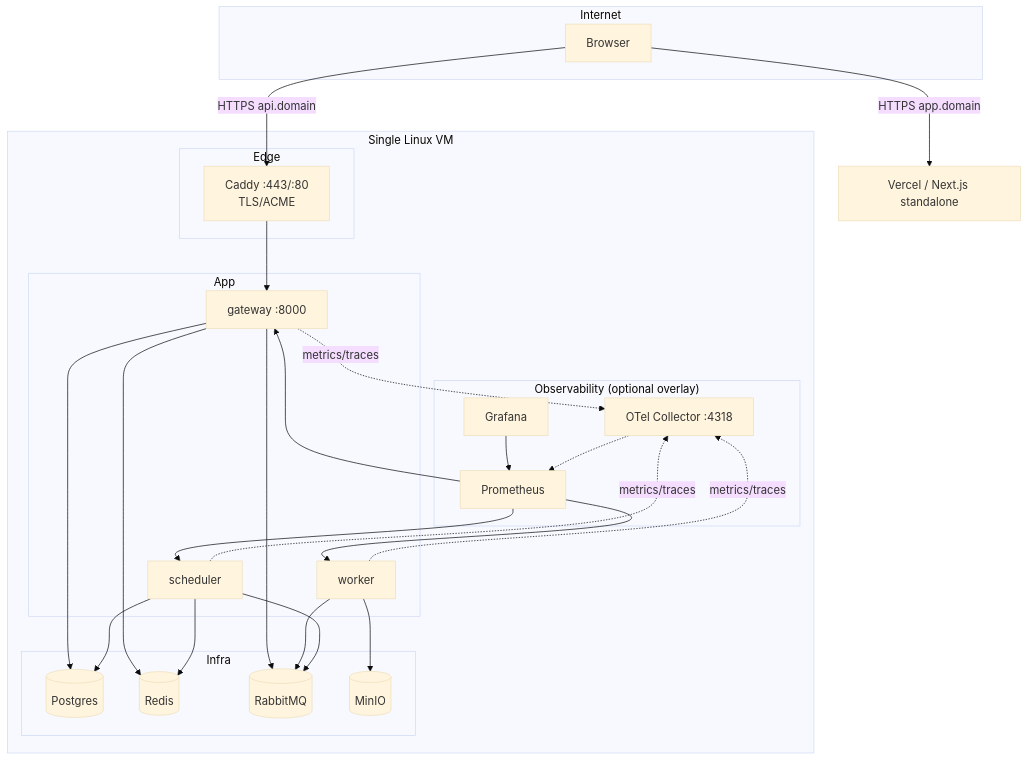
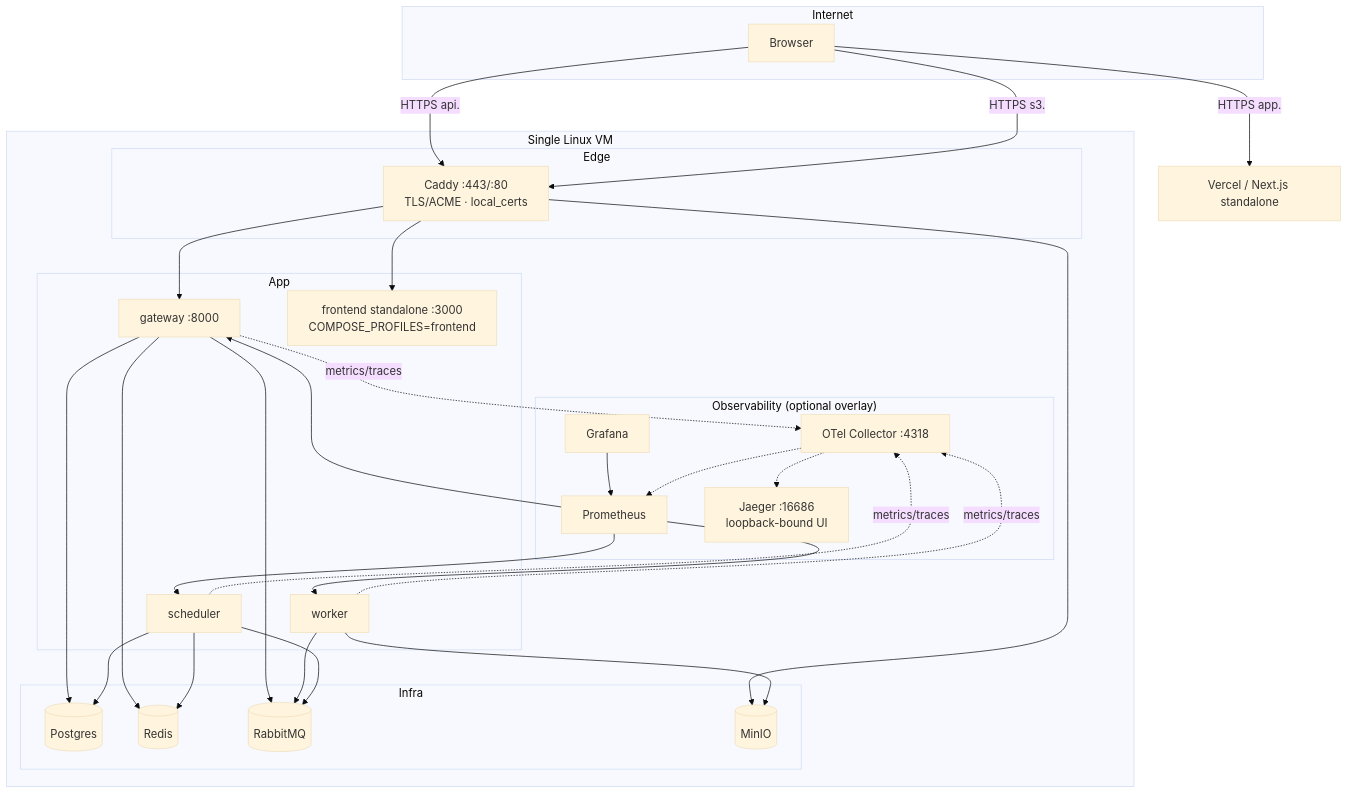
One commit to Reckz69/medical-xray changed the first of 2 diagrams in docs/engineering/deployment.md. Above: the diagram before and after it, drawn with Mermaid (base theme). The commit also changed other lines of this file and 23 other files, not shown here.

````diff
--- a/docs/engineering/deployment.md
+++ b/docs/engineering/deployment.md
@@ -10,48 +11,54 @@
 ```mermaid
 flowchart TB
     subgraph Internet
         U[Browser]
     end
 
     subgraph VM[Single Linux VM]
         subgraph Edge
-            C[Caddy :443/:80<br/>TLS/ACME]
+            C[Caddy :443/:80<br/>TLS/ACME · local_certs]
         end
         subgraph App
             G[gateway :8000]
             W[worker]
             S[scheduler]
+            F[frontend standalone :3000<br/>COMPOSE_PROFILES=frontend]
         end
         subgraph Infra
             PG[(Postgres)]
             R[(Redis)]
             Q[(RabbitMQ)]
             M[(MinIO)]
         end
         subgraph Obs["Observability (optional overlay)"]
             OC[OTel Collector :4318]
             PR[Prometheus]
             GF[Grafana]
+            J[Jaeger :16686<br/>loopback-bound UI]
         end
     end
 
-    U -->|HTTPS api.domain| C
-    U -->|HTTPS app.domain| V[Vercel / Next.js standalone]
+    U -->|HTTPS api.<domain>| C
+    U -->|HTTPS s3.<domain>| C
+    U -->|HTTPS app.<domain>| V[Vercel / Next.js standalone]
     C --> G
+    C --> M
+    C --> F
     G --> PG
     G --> R
     G --> Q
     W --> Q
     W --> M
     S --> PG
     S --> R
     S --> Q
     G -. metrics/traces .-> OC
     W -. metrics/traces .-> OC
     S -. metrics/traces .-> OC
     PR --> G
     PR --> W
     PR --> S
     GF --> PR
     OC -.-> PR
+    OC -.-> J
 ```
````
